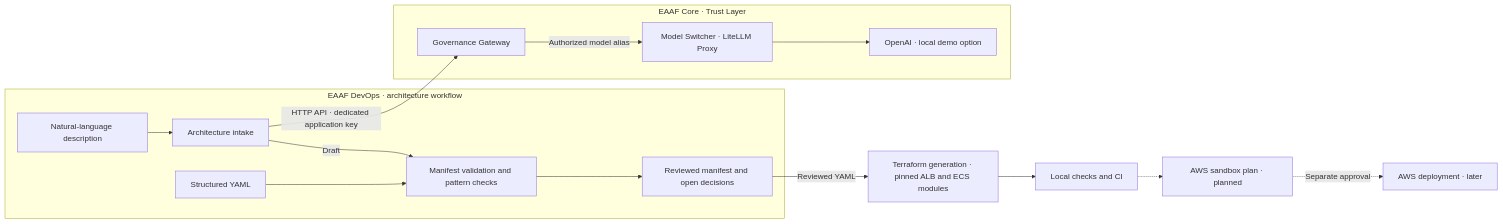
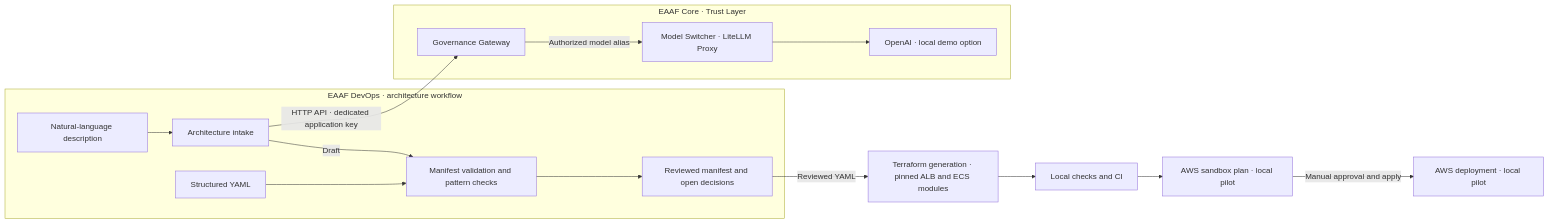
The first of 2 diagrams in README.md (tandrian06/eaaf-devops), drawn with Mermaid before and after one commit. The commit also changed other lines of this file and 10 other files, not shown here.

Commit message:
Document the deployment demo and the AWS sandbox pilot

````diff
--- a/README.md
+++ b/README.md
@@ -9,22 +28,22 @@
 ```mermaid
 flowchart LR
     subgraph DevOps["EAAF DevOps · architecture workflow"]
         Text["Natural-language description"] --> Intake["Architecture intake"]
         YAML["Structured YAML"] --> Review["Manifest validation and pattern checks"]
         Intake -->|Draft| Review
         Review --> Result["Reviewed manifest and open decisions"]
     end
 
     subgraph Core["EAAF Core · Trust Layer"]
         Gateway["Governance Gateway"]
         LiteLLM["Model Switcher · LiteLLM Proxy"]
         Gateway -->|Authorized model alias| LiteLLM
         LiteLLM --> OpenAI["OpenAI · local demo option"]
     end
 
     Intake -->|HTTP API · dedicated application key| Gateway
     Result -->|Reviewed YAML| Generator["Terraform generation · pinned ALB and ECS modules"]
     Generator --> Checks["Local checks and CI"]
-    Checks -.-> Plan["AWS sandbox plan · planned"]
-    Plan -.->|Separate approval| Apply["AWS deployment · later"]
+    Checks --> Plan["AWS sandbox plan · local pilot"]
+    Plan -->|Manual approval and apply| Apply["AWS deployment · local pilot"]
 ```
````
